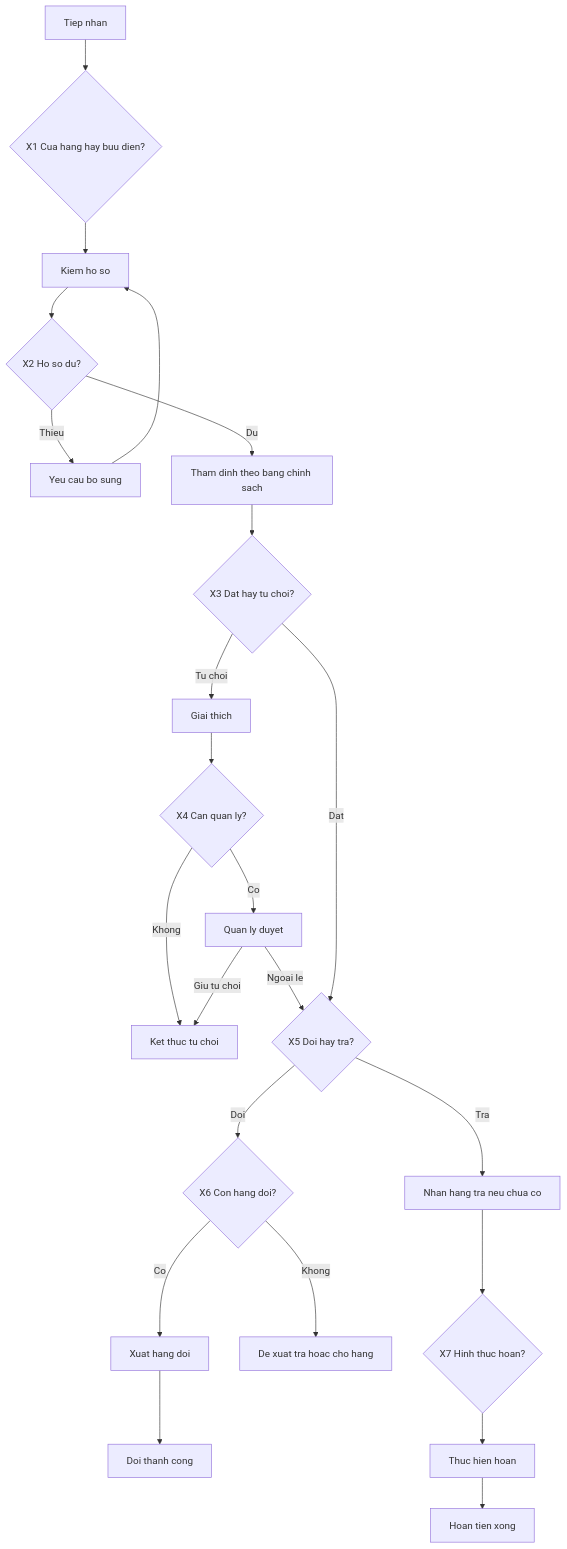
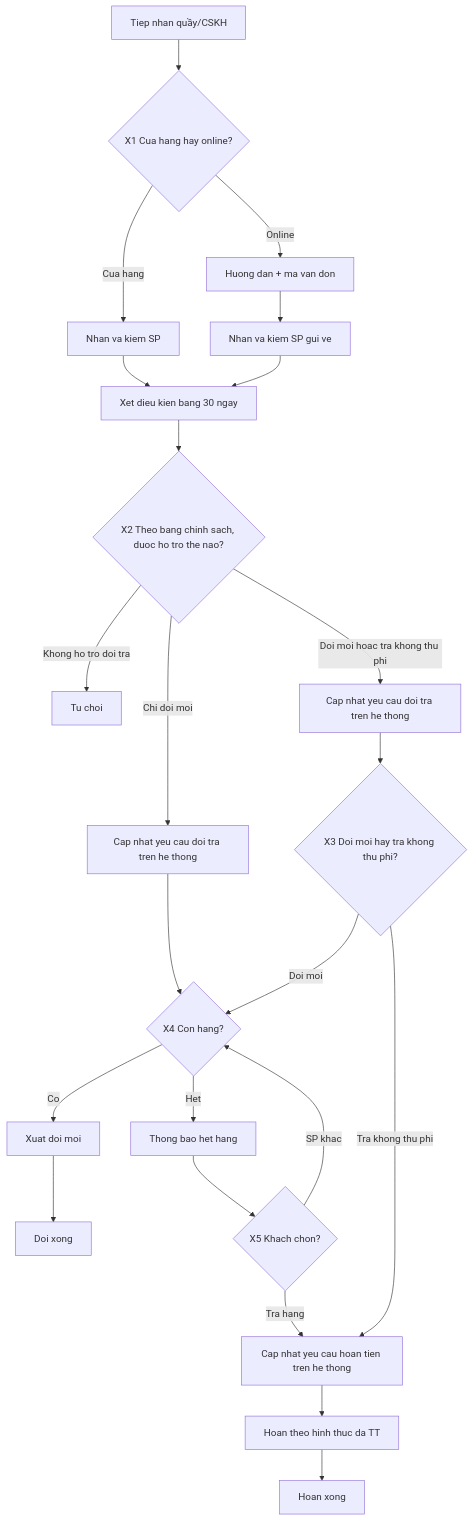
One commit to nngocquangUIT24730135/hasaki-research-notes changed the second of 2 diagrams in 03-core/core_bpmn.md. Above: the diagram before and after it, drawn with Mermaid. The commit also changed other lines of this file and 11 other files, not shown here.

````diff
--- a/03-core/core_bpmn.md
+++ b/03-core/core_bpmn.md
@@ -250,22 +249,19 @@
 ```mermaid
 flowchart TD
-  I[Tiep nhan] --> X1{X1 Cua hang hay buu dien?}
-  X1 --> H[Kiem ho so]
-  H --> X2{X2 Ho so du?}
-  X2 -->|Thieu| BoSung[Yeu cau bo sung] --> H
-  X2 -->|Du| T[Tham dinh theo bang chinh sach]
-  T --> X3{X3 Dat hay tu choi?}
-  X3 -->|Tu choi| GiaiThich[Giai thich]
-  GiaiThich --> X4{X4 Can quan ly?}
-  X4 -->|Khong| R[Ket thuc tu choi]
-  X4 -->|Co| QL[Quan ly duyet]
-  QL -->|Giu tu choi| R
-  QL -->|Ngoai le| X5
-  X3 -->|Dat| X5{X5 Doi hay tra?}
-  X5 -->|Doi| X6{X6 Con hang doi?}
-  X6 -->|Co| Doi[Xuat hang doi] --> OK1[Doi thanh cong]
-  X6 -->|Khong| TraHoacCho[De xuat tra hoac cho hang]
-  X5 -->|Tra| Nhan[Nhan hang tra neu chua co]
-  Nhan --> X7{X7 Hinh thuc hoan?}
-  X7 --> Hoan[Thuc hien hoan] --> OK2[Hoan tien xong]
+  I[Tiep nhan quầy/CSKH] --> X1{X1 Cua hang hay online?}
+  X1 -->|Cua hang| N1[Nhan va kiem SP]
+  X1 -->|Online| G[Huong dan + ma van don] --> N2[Nhan va kiem SP gui ve]
+  N1 --> T[Xet dieu kien bang 30 ngay]
+  N2 --> T
+  T --> X2{X2 Theo bang chinh sach, duoc ho tro the nao?}
+  X2 -->|Khong ho tro doi tra| R[Tu choi]
+  X2 -->|Chi doi moi| P1[Cap nhat yeu cau doi tra tren he thong] --> X4
+  X2 -->|Doi moi hoac tra khong thu phi| P2[Cap nhat yeu cau doi tra tren he thong] --> X3{X3 Doi moi hay tra khong thu phi?}
+  X3 -->|Doi moi| X4{X4 Con hang?}
+  X3 -->|Tra khong thu phi| DH[Cap nhat yeu cau hoan tien tren he thong] --> Hoan[Hoan theo hinh thuc da TT]
+  X4 -->|Co| Doi[Xuat doi moi] --> OK1[Doi xong]
+  X4 -->|Het| TB[Thong bao het hang] --> X5{X5 Khach chon?}
+  X5 -->|SP khac| X4
+  X5 -->|Tra hang| DH
+  Hoan --> OK2[Hoan xong]
 ```
````
